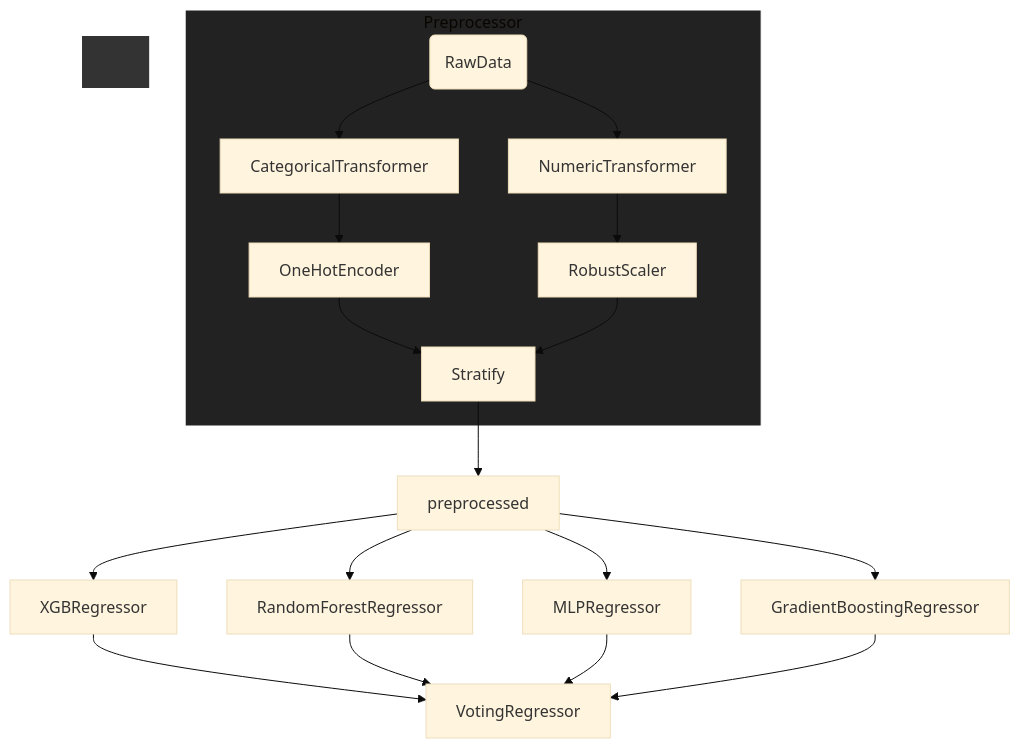
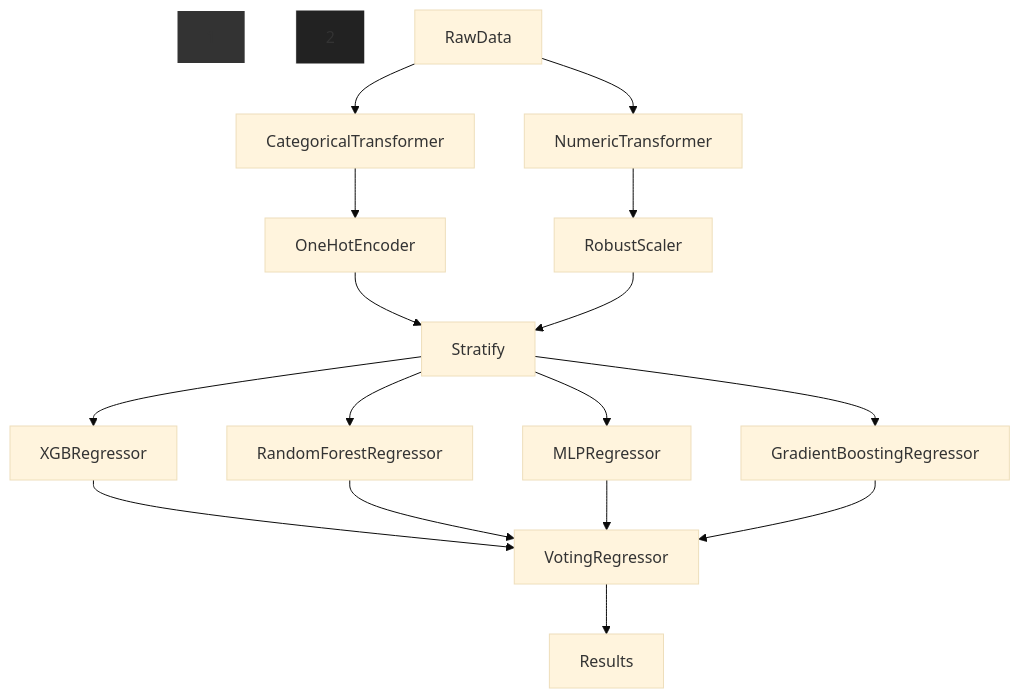
One commit to NickBok/Baseball changed the diagram in Distance-Predictor/README.md. Above: the diagram before and after it, drawn with Mermaid (base theme).

````diff
--- a/Distance-Predictor/README.md
+++ b/Distance-Predictor/README.md
@@ -71,22 +71,22 @@
 ```mermaid
 graph TB
-      subgraph 2[Preprocessor]
-          Preprocessor(RawData) --> CategoricalTransformer;
-          Preprocessor(RawData) --> NumericTransformer;
-          CategoricalTransformer --> OneHotEncoder;
-          OneHotEncoder --> Stratify;
-          NumericTransformer --> RobustScaler;
-          RobustScaler --> Stratify;
-      end
-      Stratify --> preprocessed;
-      preprocessed-->XGBRegressor;
-      preprocessed-->RandomForestRegressor;
-      preprocessed-->MLPRegressor;
-      preprocessed-->GradientBoostingRegressor;
+      RawData --> CategoricalTransformer;
+      RawData --> NumericTransformer;
+      CategoricalTransformer --> OneHotEncoder;
+      OneHotEncoder --> Stratify;
+      NumericTransformer --> RobustScaler;
+      RobustScaler --> Stratify;
+
+      Stratify-->XGBRegressor;
+      Stratify-->RandomForestRegressor;
+      Stratify-->MLPRegressor;
+      Stratify-->GradientBoostingRegressor;
       XGBRegressor-->VotingRegressor;
       RandomForestRegressor-->VotingRegressor;
       MLPRegressor-->VotingRegressor;
       GradientBoostingRegressor-->VotingRegressor;
+
+      VotingRegressor --> Results;
 style 1 fill:#333333,stroke:#FFFFFF,stroke-width:2px
 style 2 fill:#222222,stroke:#FFFFFF,stroke-width:1px
 ```
````
